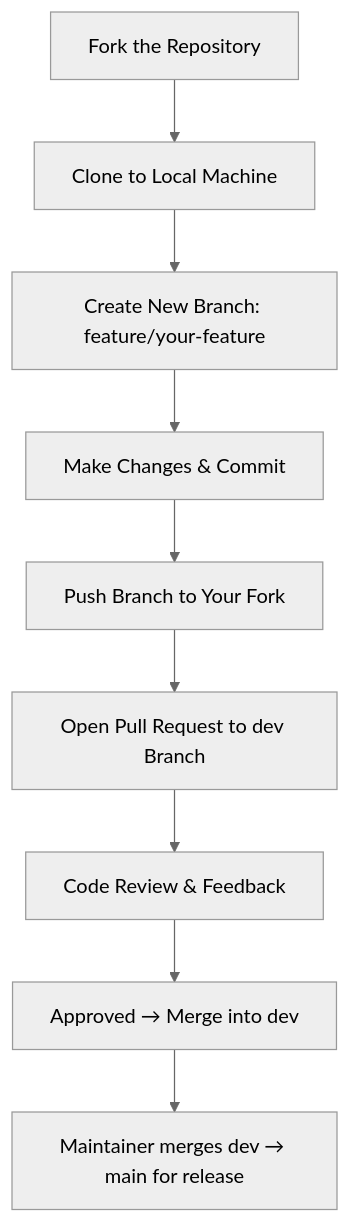
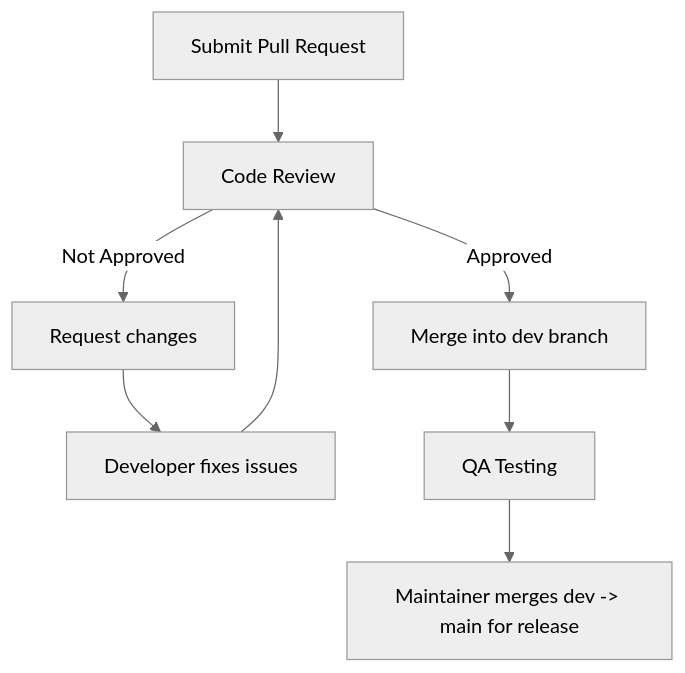
Before and after one commit to dimandz/odoo-scouts-management: the diagram in README.md, drawn with Mermaid (neutral theme).

Commit message:
update the readme file

````diff
--- a/README.md
+++ b/README.md
@@ -88,12 +88,10 @@
 ```mermaid
 graph TD
-    A[Fork the Repository] --> B[Clone to Local Machine]
-    B --> C[Create New Branch: feature/your-feature]
-    C --> D[Make Changes & Commit]
-    D --> E[Push Branch to Your Fork]
-    E --> F[Open Pull Request to dev Branch]
-    F --> G[Code Review & Feedback]
-    G --> H[Approved → Merge into dev]
-    H --> I[Maintainer merges dev → main for release]
-
+    A[Submit Pull Request] --> B[Code Review]
+    B -->|Approved| C[Merge into dev branch]
+    B -->|Not Approved| D[Request changes]
+    D --> E[Developer fixes issues]
+    E --> B
+    C --> F[QA Testing]
+    F --> G[Maintainer merges dev -> main for release]
 ```
````
